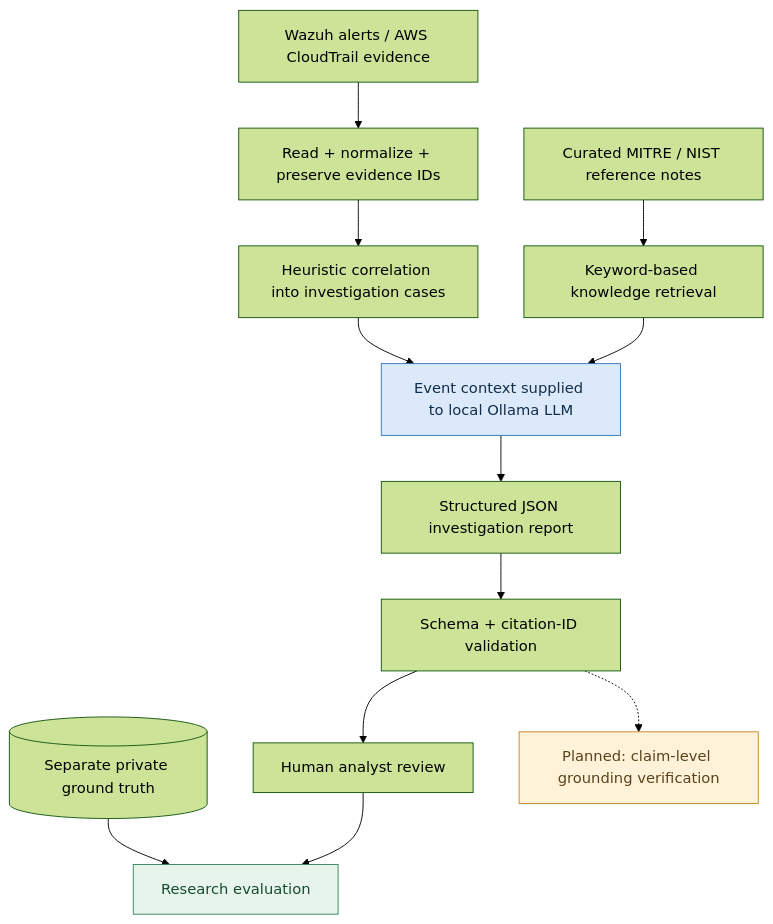
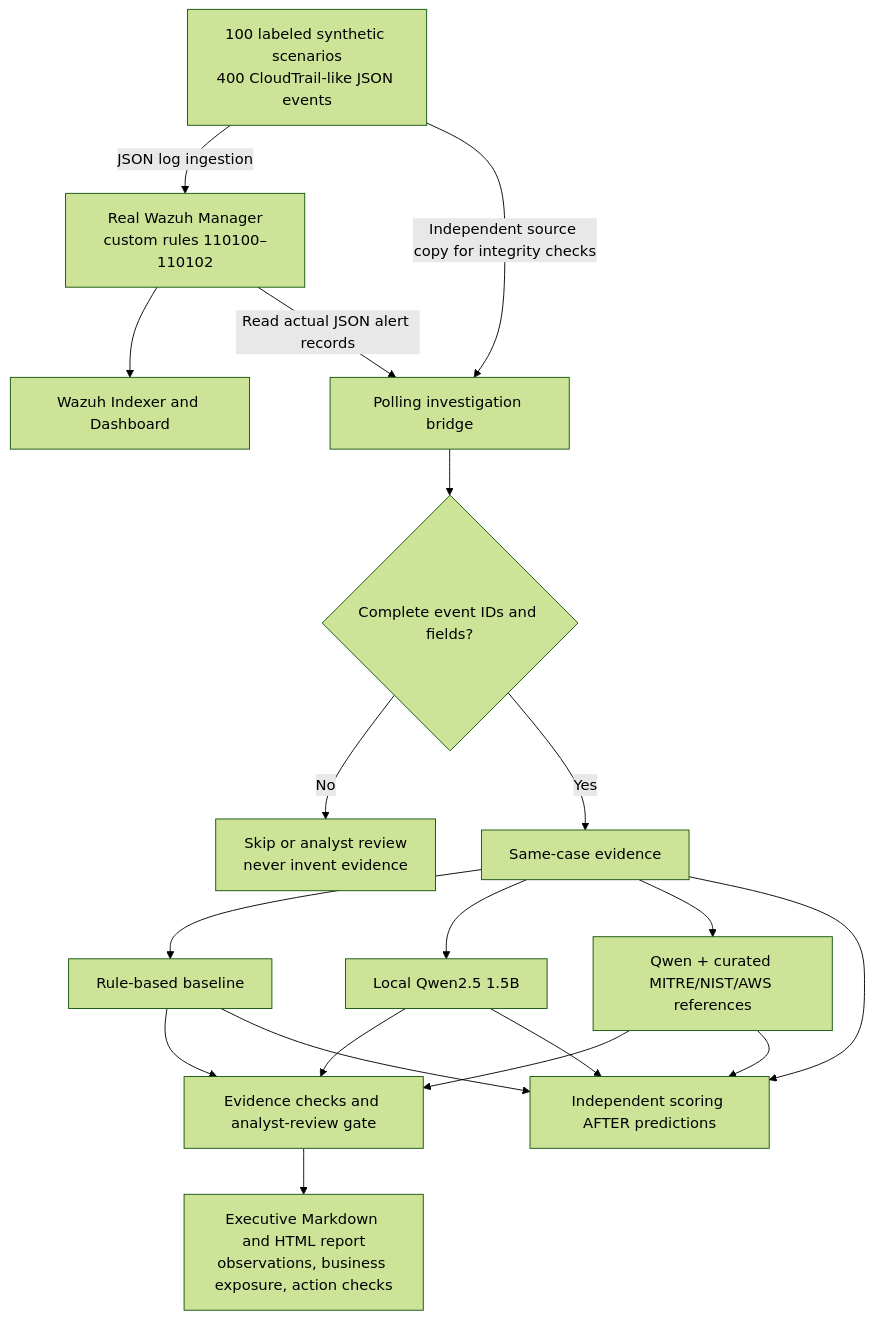
Before and after one commit to Sumit-Bhosle/ai-cloud-incident-response: the diagram in README.md, drawn with Mermaid (forest theme). The commit also changed other lines of this file and 18 other files, not shown here.

````diff
--- a/README.md
+++ b/README.md
@@ -142,17 +23,21 @@
 ```mermaid
 flowchart TD
-  A[Wazuh alerts / AWS CloudTrail evidence] --> B[Read + normalize + preserve evidence IDs]
-  B --> C[Heuristic correlation into investigation cases]
-  C --> D[Event context supplied to local Ollama LLM]
-  K[Curated MITRE / NIST reference notes] --> R[Keyword-based knowledge retrieval]
-  R --> D
-  D --> E[Structured JSON investigation report]
-  E --> F[Schema + citation-ID validation]
-  F --> G[Human analyst review]
-  T[(Separate private ground truth)] --> H[Research evaluation]
-  G --> H
-  F -.-> V[Planned: claim-level grounding verification]
-  style D fill:#DCE9FA,stroke:#3576BA,color:#112E4C
-  style H fill:#E7F4EC,stroke:#33845C,color:#174B32
-  style V fill:#FFF2D9,stroke:#C38422,color:#5C421A
+    A[100 labeled synthetic scenarios\n400 CloudTrail-like JSON events] -->|JSON log ingestion| B[Real Wazuh Manager\ncustom rules 110100–110102]
+    B --> C[Wazuh Indexer and Dashboard]
+    B -->|Read actual JSON alert records| D[Polling investigation bridge]
+    A -->|Independent source copy for integrity checks| D
+    D --> E{Complete event IDs and fields?}
+    E -->|No| F[Skip or analyst review\nnever invent evidence]
+    E -->|Yes| G[Same-case evidence]
+    G --> H[Rule-based baseline]
+    G --> I[Local Qwen2.5 1.5B]
+    G --> J[Qwen + curated MITRE/NIST/AWS references]
+    H --> K[Evidence checks and analyst-review gate]
+    I --> K
+    J --> K
+    K --> L[Executive Markdown and HTML report\nobservations, business exposure, action checks]
+    G --> M[Independent scoring AFTER predictions]
+    H --> M
+    I --> M
+    J --> M
 ```
````
